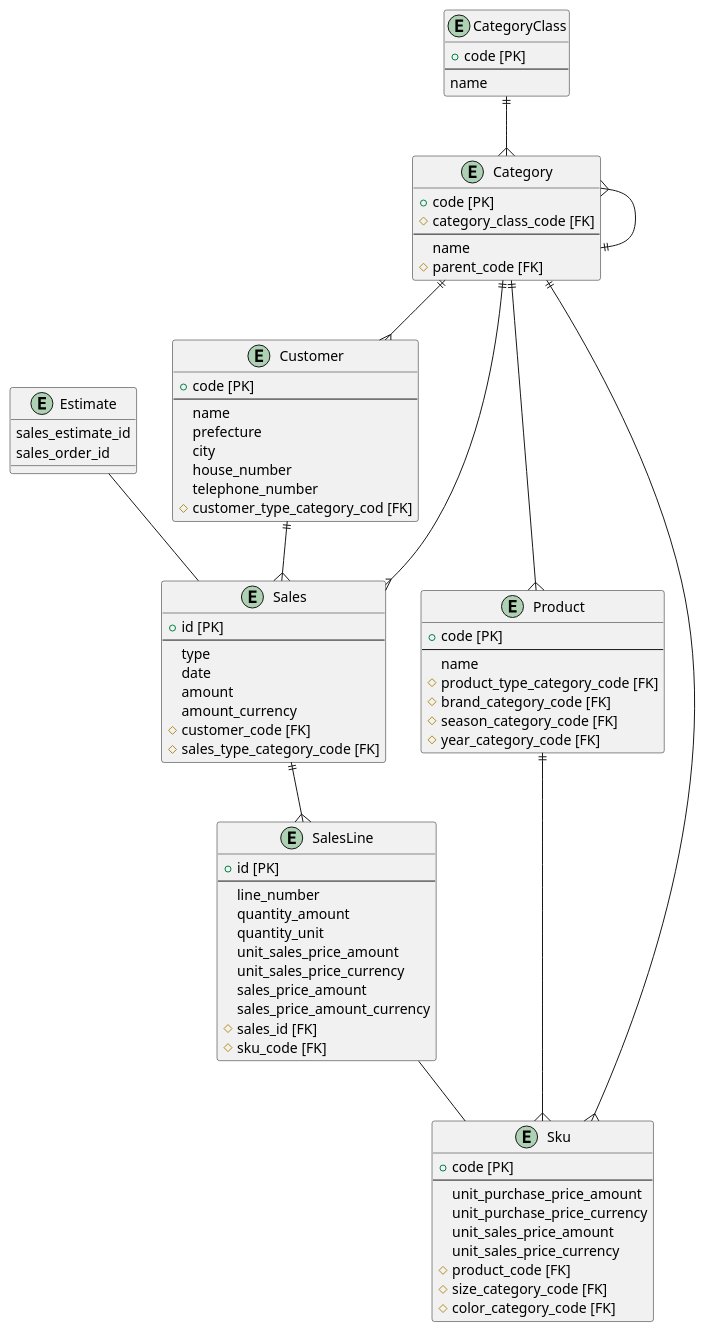
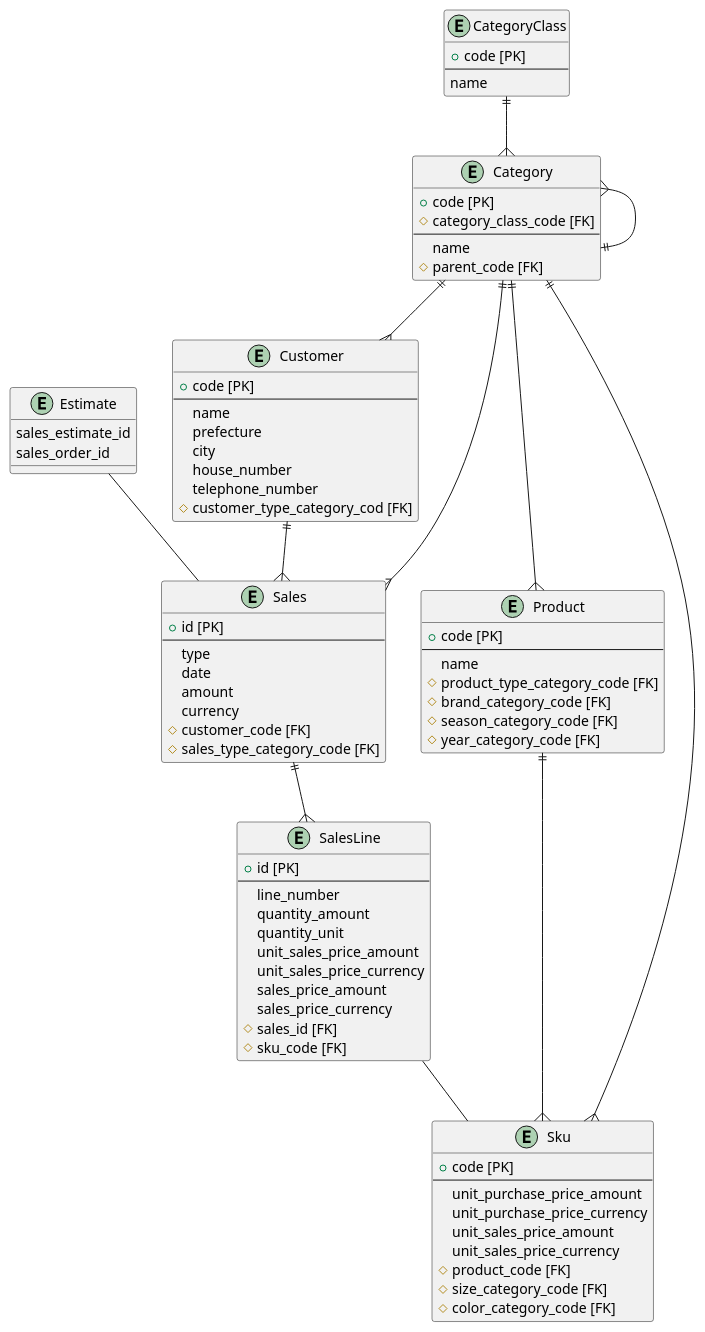
One commit to k2works/etude_for_rails changed the seventh of 7 diagrams in docs/dev/sales_modeling/sales.md. Above: the diagram before and after it, drawn with PlantUML. The commit also changed 11 other files, not shown here.

````diff
--- a/docs/dev/sales_modeling/sales.md
+++ b/docs/dev/sales_modeling/sales.md
@@ -223,82 +223,82 @@
 ```puml
 entity Product {
   + code [PK]
   --
   name
   # product_type_category_code [FK]
   # brand_category_code [FK]    
   # season_category_code [FK]
   # year_category_code [FK]  
 }
 entity Sku {
   + code [PK]
   --
   unit_purchase_price_amount
   unit_purchase_price_currency
   unit_sales_price_amount
   unit_sales_price_currency        
   # product_code [FK]    
   # size_category_code [FK]
   # color_category_code [FK]  
 }
 entity Category {
   + code [PK]  
   # category_class_code [FK]    
   --
   name
   # parent_code [FK]    
 }
 entity CategoryClass {
   + code [PK]
   --
   name
 }
 entity Customer {
   + code [PK]
   --
   name
   prefecture
   city
   house_number  
   telephone_number
   # customer_type_category_cod [FK]
 }
 entity Sales {
   + id [PK]
   --
   type
   date
   amount
-  amount_currency
+  currency
   # customer_code [FK]
   # sales_type_category_code [FK]  
 }
 entity SalesLine {
   + id [PK]
   --
   line_number
   quantity_amount
   quantity_unit
   unit_sales_price_amount
   unit_sales_price_currency
   sales_price_amount
-  sales_price_amount_currency
+  sales_price_currency
   # sales_id [FK]    
   # sku_code [FK]
 }
 entity Estimate {
   sales_estimate_id
   sales_order_id
 }
 CategoryClass ||-do-{ Category
 Estimate -do- Sales
 Product ||-do-{ Sku
 Category ||-do-{ Sku
 Category }-do-|| Category
 Customer ||-do-{ Sales
 Sales ||-do-{ SalesLine
 SalesLine -do- Sku  
 Category ||-do-{ Sales
 Category||-do-{Product
 Category||-do-{Customer    
 ```
````
